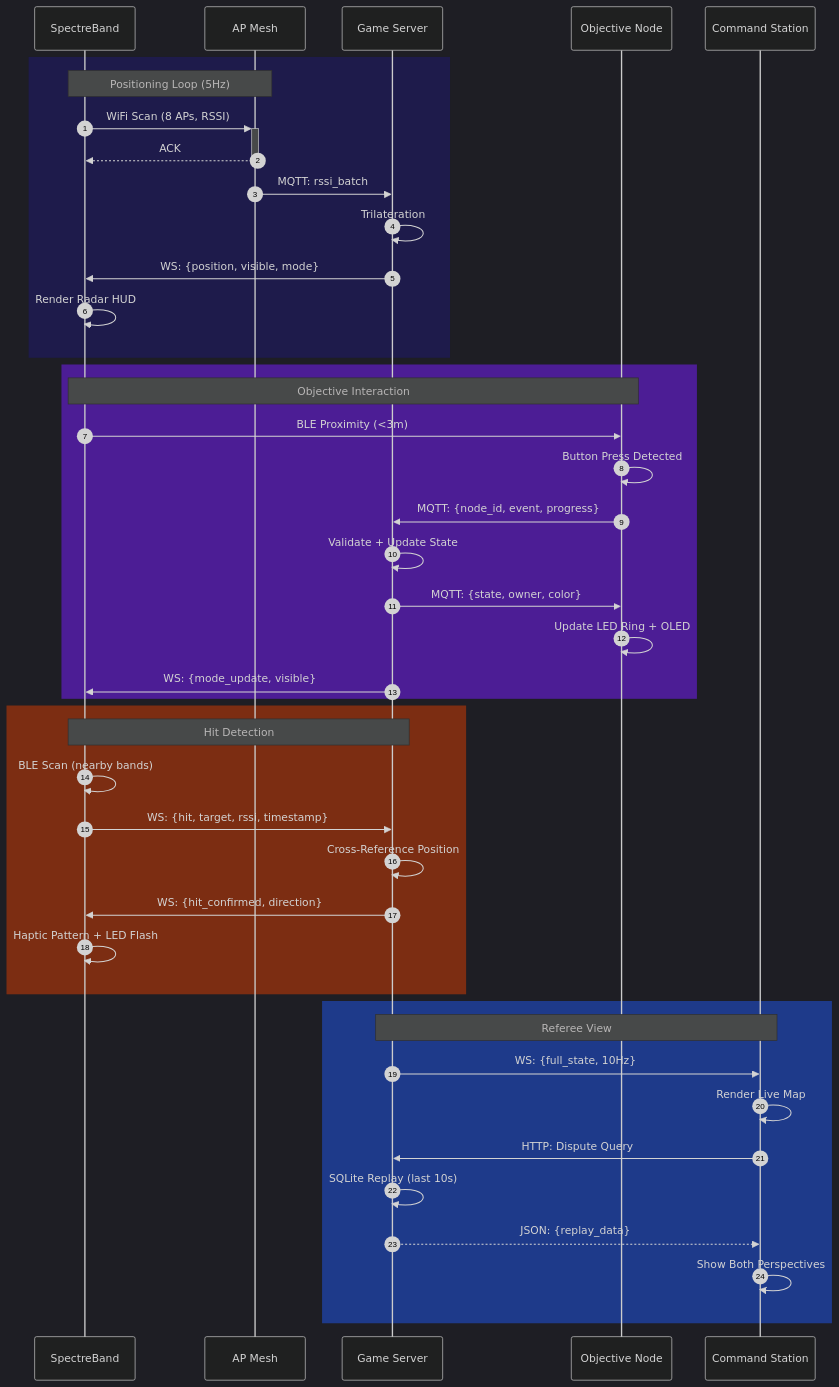
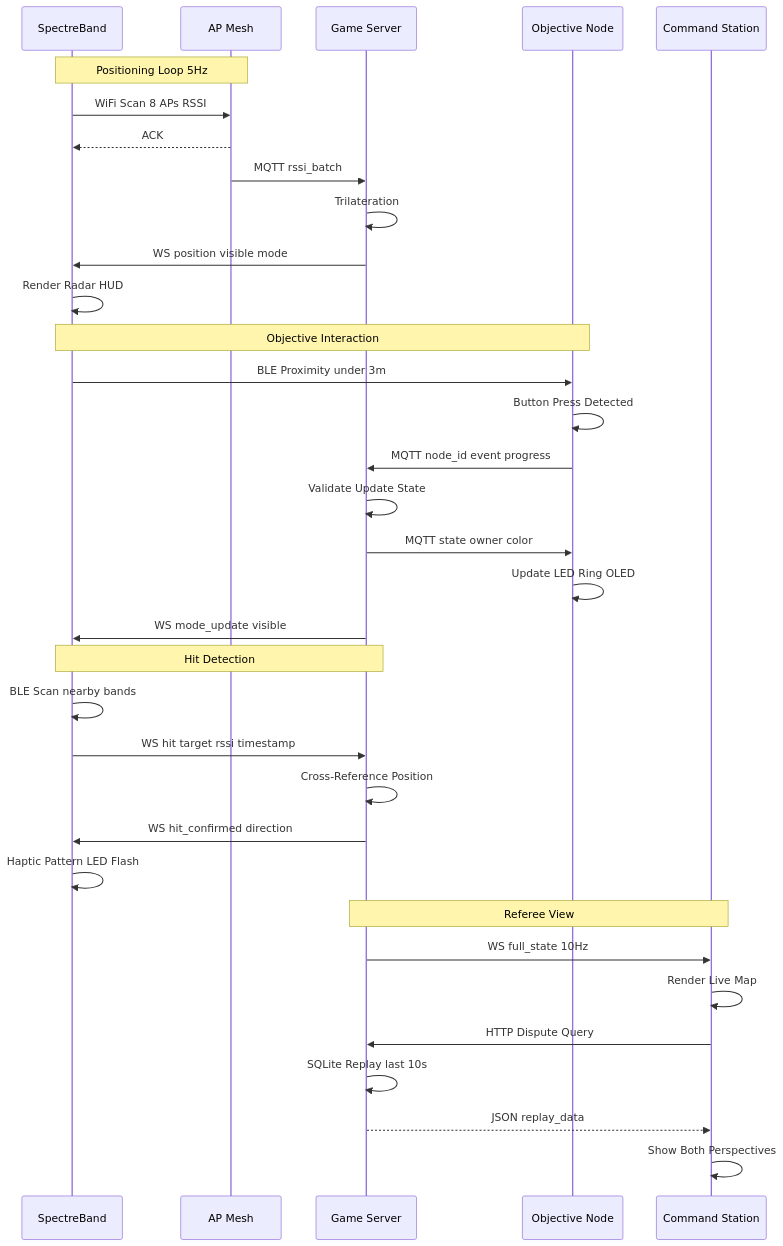
Before and after one commit to toxicwind/paintball-field: the fourth of 5 diagrams in README.md, drawn with Mermaid. The commit also changed other lines of this file, not shown here.

Commit message:
validate: all 5 mermaid blocks pass mmdc 11.16.0 lint

````diff
--- a/README.md
+++ b/README.md
@@ -209,50 +157,40 @@
 ```mermaid
-%%{init: {'theme': 'dark'}}%%
 sequenceDiagram
-    autonumber
     participant B as SpectreBand
     participant AP as AP Mesh
     participant S as Game Server
     participant N as Objective Node
     participant C as Command Station
 
-    rect rgb(30, 27, 75)
-        Note over B,AP: Positioning Loop (5Hz)
-        B->>+AP: WiFi Scan (8 APs, RSSI)
-        AP-->>-B: ACK
-        AP->>S: MQTT: rssi_batch
-        S->>S: Trilateration
-        S->>B: WS: {position, visible, mode}
-        B->>B: Render Radar HUD
-    end
+    Note over B,AP: Positioning Loop 5Hz
+    B->>AP: WiFi Scan 8 APs RSSI
+    AP-->>B: ACK
+    AP->>S: MQTT rssi_batch
+    S->>S: Trilateration
+    S->>B: WS position visible mode
+    B->>B: Render Radar HUD
 
-    rect rgb(76, 29, 149)
-        Note over B,N: Objective Interaction
-        B->>N: BLE Proximity (<3m)
-        N->>N: Button Press Detected
-        N->>S: MQTT: {node_id, event, progress}
-        S->>S: Validate + Update State
-        S->>N: MQTT: {state, owner, color}
-        N->>N: Update LED Ring + OLED
-        S->>B: WS: {mode_update, visible}
-    end
+    Note over B,N: Objective Interaction
+    B->>N: BLE Proximity under 3m
+    N->>N: Button Press Detected
+    N->>S: MQTT node_id event progress
+    S->>S: Validate Update State
+    S->>N: MQTT state owner color
+    N->>N: Update LED Ring OLED
+    S->>B: WS mode_update visible
 
-    rect rgb(124, 45, 18)
-        Note over B,S: Hit Detection
-        B->>B: BLE Scan (nearby bands)
-        B->>S: WS: {hit, target, rssi, timestamp}
-        S->>S: Cross-Reference Position
-        S->>B: WS: {hit_confirmed, direction}
-        B->>B: Haptic Pattern + LED Flash
-    end
+    Note over B,S: Hit Detection
+    B->>B: BLE Scan nearby bands
+    B->>S: WS hit target rssi timestamp
+    S->>S: Cross-Reference Position
+    S->>B: WS hit_confirmed direction
+    B->>B: Haptic Pattern LED Flash
 
-    rect rgb(30, 58, 138)
-        Note over S,C: Referee View
-        S->>C: WS: {full_state, 10Hz}
-        C->>C: Render Live Map
-        C->>S: HTTP: Dispute Query
-        S->>S: SQLite Replay (last 10s)
-        S-->>C: JSON: {replay_data}
-        C->>C: Show Both Perspectives
-    end
+    Note over S,C: Referee View
+    S->>C: WS full_state 10Hz
+    C->>C: Render Live Map
+    C->>S: HTTP Dispute Query
+    S->>S: SQLite Replay last 10s
+    S-->>C: JSON replay_data
+    C->>C: Show Both Perspectives
 ```
````
